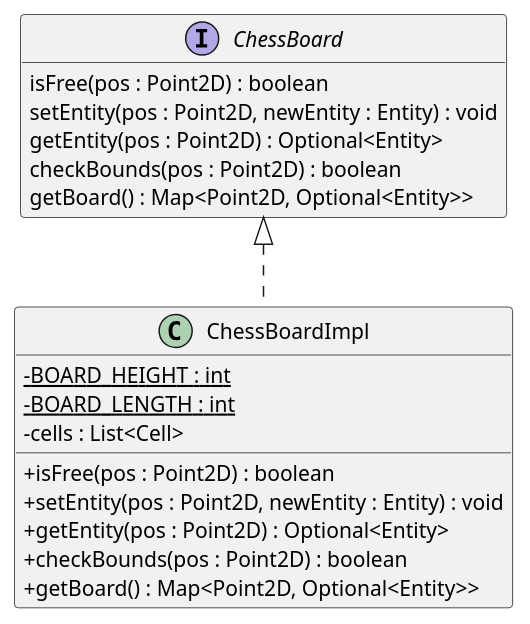
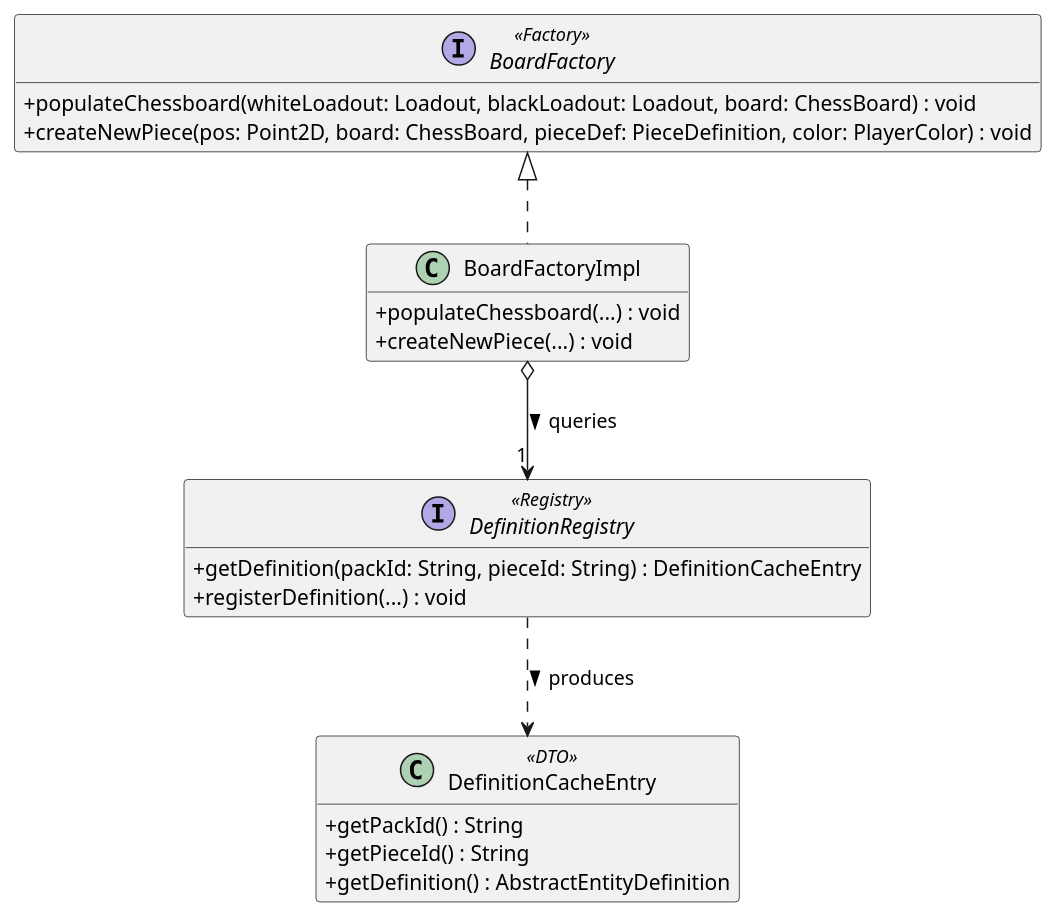
The diagram in docs/ChessBoard.puml (Turbo-Chess/Turbo-Chess), drawn with PlantUML before and after one commit. The commit also changed other lines of this file and 1 other file, not shown here.

```diff
--- a/docs/ChessBoard.puml
+++ b/docs/ChessBoard.puml
@@ -1,28 +1,31 @@
 @startuml
 skinparam classAttributeIconSize 0
 hide empty fields
 hide empty methods
 
-interface ChessBoard {
-    isFree(pos : Point2D) : boolean
-    setEntity(pos : Point2D, newEntity : Entity) : void
-    getEntity(pos : Point2D) : Optional<Entity>
-    checkBounds(pos : Point2D) : boolean
-    getBoard() : Map<Point2D, Optional<Entity>>
+class DefinitionCacheEntry <<DTO>> {
+    + getPackId() : String
+    + getPieceId() : String
+    + getDefinition() : AbstractEntityDefinition
 }
 
-class ChessBoardImpl {
-    - {static} BOARD_HEIGHT : int
-    - {static} BOARD_LENGTH : int
-    - cells : List<Cell>
-
-    + isFree(pos : Point2D) : boolean
-    + setEntity(pos : Point2D, newEntity : Entity) : void
-    + getEntity(pos : Point2D) : Optional<Entity>
-    + checkBounds(pos : Point2D) : boolean
-    + getBoard() : Map<Point2D, Optional<Entity>>
+interface DefinitionRegistry <<Registry>> {
+    + getDefinition(packId: String, pieceId: String) : DefinitionCacheEntry
+    + registerDefinition(...) : void
 }
 
-ChessBoard <|.. ChessBoardImpl
+interface BoardFactory <<Factory>> {
+    + populateChessboard(whiteLoadout: Loadout, blackLoadout: Loadout, board: ChessBoard) : void
+    + createNewPiece(pos: Point2D, board: ChessBoard, pieceDef: PieceDefinition, color: PlayerColor) : void
+}
 
+class BoardFactoryImpl {
+    + populateChessboard(...) : void
+    + createNewPiece(...) : void
+}
+
+BoardFactory <|.. BoardFactoryImpl
+
+BoardFactoryImpl o--> "1" DefinitionRegistry : queries >
+DefinitionRegistry ..> DefinitionCacheEntry : produces >
 @enduml
```
